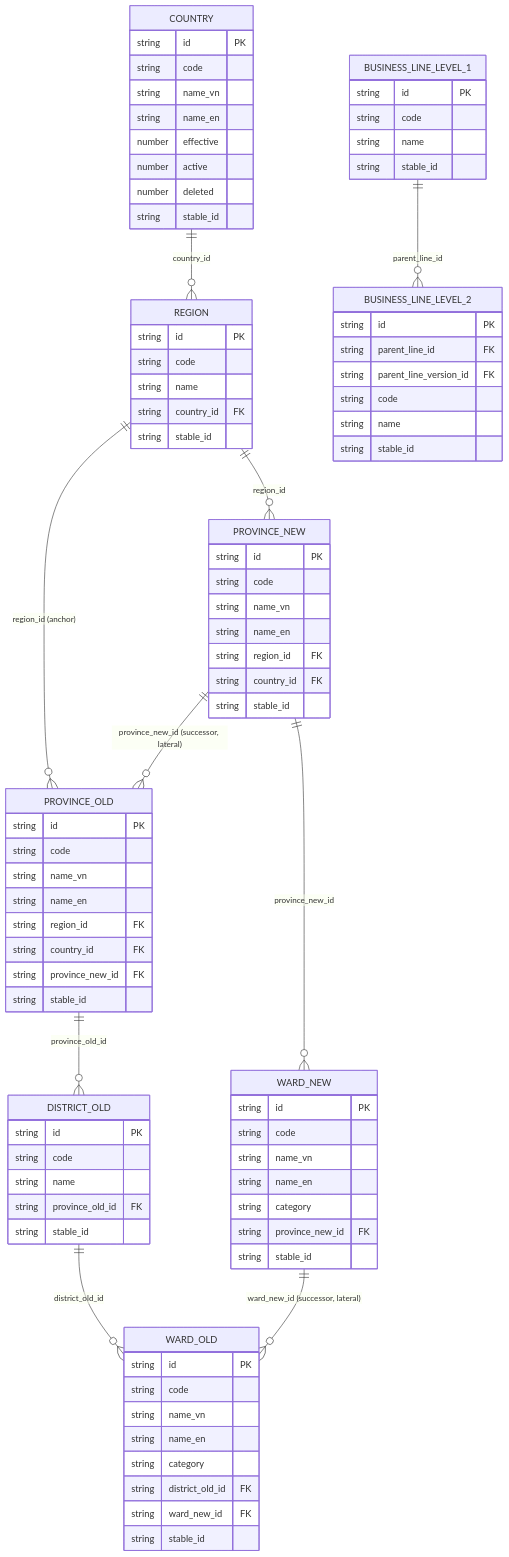
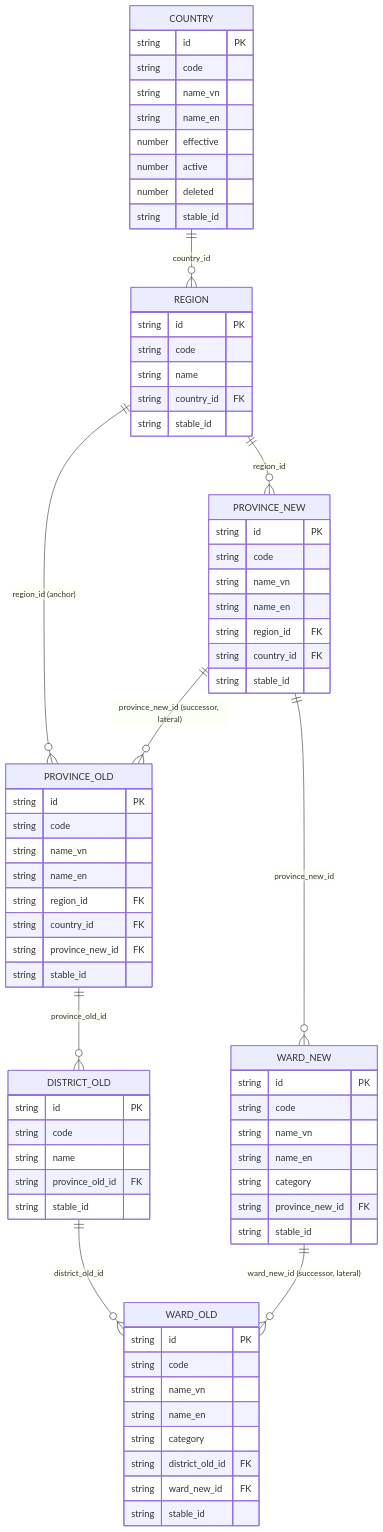
One commit to linhlvit/ubck_atomic_design changed the first of 2 diagrams in DataModel/working/Atomic/hld/ECAT_HLD_Tier1.md. Above: the diagram before and after it, drawn with Mermaid. The commit also changed other lines of this file and 351 other files, not shown here.

````diff
--- a/DataModel/working/Atomic/hld/ECAT_HLD_Tier1.md
+++ b/DataModel/working/Atomic/hld/ECAT_HLD_Tier1.md
@@ -95,22 +94,6 @@
         string stable_id
     }
 
-    BUSINESS_LINE_LEVEL_1 {
-        string id PK
-        string code
-        string name
-        string stable_id
-    }
-
-    BUSINESS_LINE_LEVEL_2 {
-        string id PK
-        string parent_line_id FK
-        string parent_line_version_id FK
-        string code
-        string name
-        string stable_id
-    }
-
     COUNTRY ||--o{ REGION : "country_id"
     REGION ||--o{ PROVINCE_NEW : "region_id"
     PROVINCE_NEW ||--o{ WARD_NEW : "province_new_id"
@@ -119,5 +102,4 @@
     DISTRICT_OLD ||--o{ WARD_OLD : "district_old_id"
     PROVINCE_NEW ||--o{ PROVINCE_OLD : "province_new_id (successor, lateral)"
     WARD_NEW ||--o{ WARD_OLD : "ward_new_id (successor, lateral)"
-    BUSINESS_LINE_LEVEL_1 ||--o{ BUSINESS_LINE_LEVEL_2 : "parent_line_id"
 ```
````
